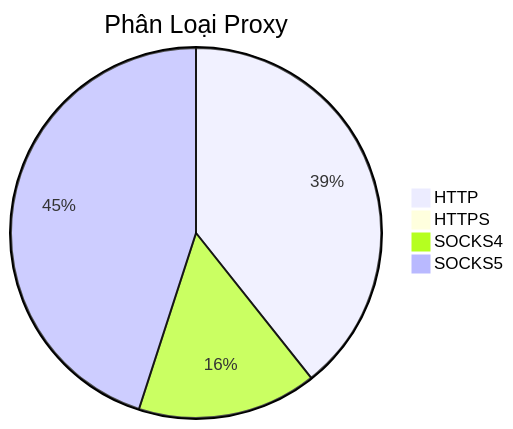
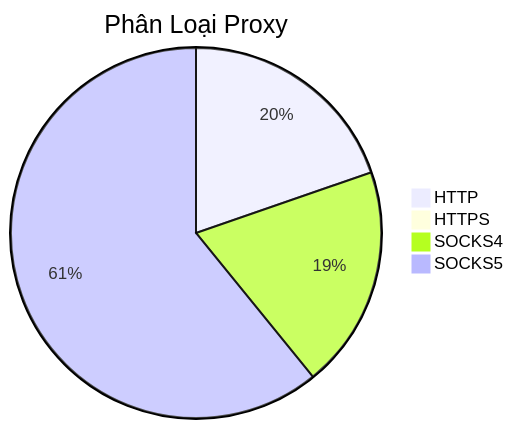
Before and after one commit to Ciara-12/PROXY-free: the diagram in README.md, drawn with Mermaid. The commit also changed other lines of this file and 3 other files, not shown here.

````diff
--- a/README.md
+++ b/README.md
@@ -26,7 +26,7 @@
 ```mermaid
 pie title Phân Loại Proxy
-    "HTTP" : 1048
+    "HTTP" : 367
     "HTTPS" : 1
-    "SOCKS4" : 418
-    "SOCKS5" : 1200
+    "SOCKS4" : 362
+    "SOCKS5" : 1134
 ```
````
